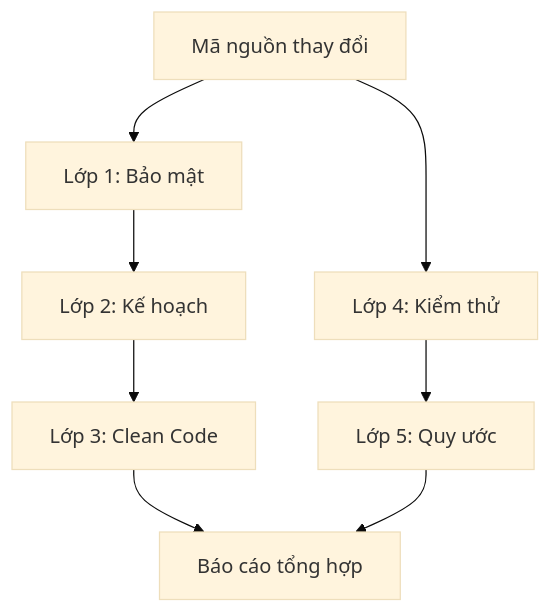
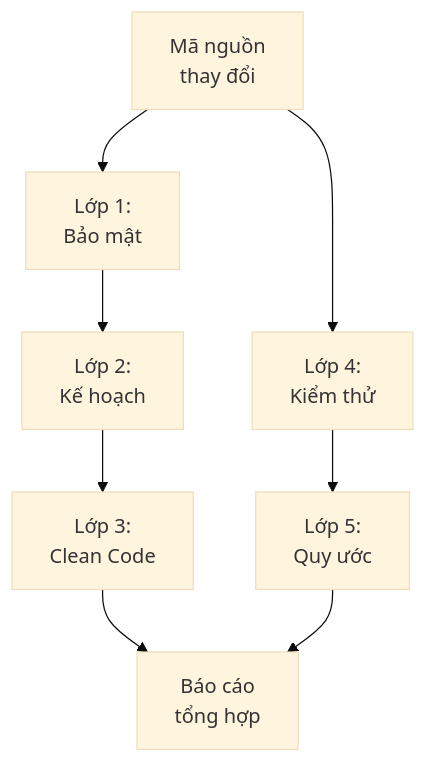
Before and after one commit to nguyengoctin/my_website: the sixth of 6 diagrams in content/posts/toan-tap-coding-friend-ai-engineering.md, drawn with Mermaid (base theme). The commit also changed other lines of this file and 3 other files, not shown here.

````diff
--- a/content/posts/toan-tap-coding-friend-ai-engineering.md
+++ b/content/posts/toan-tap-coding-friend-ai-engineering.md
@@ -186,17 +186,17 @@
 ```mermaid
 flowchart TD
-    Diff["`Mã nguồn thay đổi`"]
-    L1["`Lớp 1: Bảo mật`"]
-    L2["`Lớp 2: Kế hoạch`"]
-    L3["`Lớp 3: Clean Code`"]
-    L4["`Lớp 4: Kiểm thử`"]
-    L5["`Lớp 5: Quy ước`"]
-    Merge["`Báo cáo tổng hợp`"]
+    Diff["`Mã nguồn<br/>thay đổi`"]
+    L1["`Lớp 1:<br/>Bảo mật`"]
+    L2["`Lớp 2:<br/>Kế hoạch`"]
+    L3["`Lớp 3:<br/>Clean Code`"]
+    L4["`Lớp 4:<br/>Kiểm thử`"]
+    L5["`Lớp 5:<br/>Quy ước`"]
+    Merge["`Báo cáo<br/>tổng hợp`"]
     Diff --> L1
     Diff --> L4
     L1 --> L2
     L4 --> L5
     L2 --> L3
     L3 --> Merge
     L5 --> Merge
 ```
````
